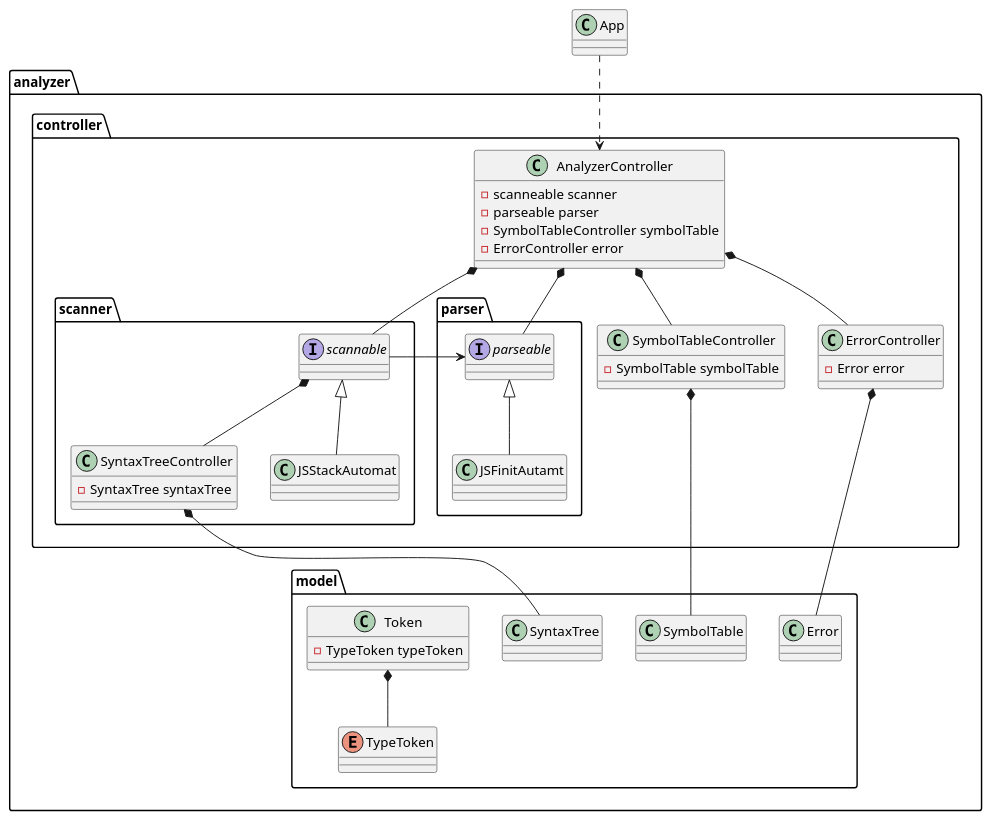
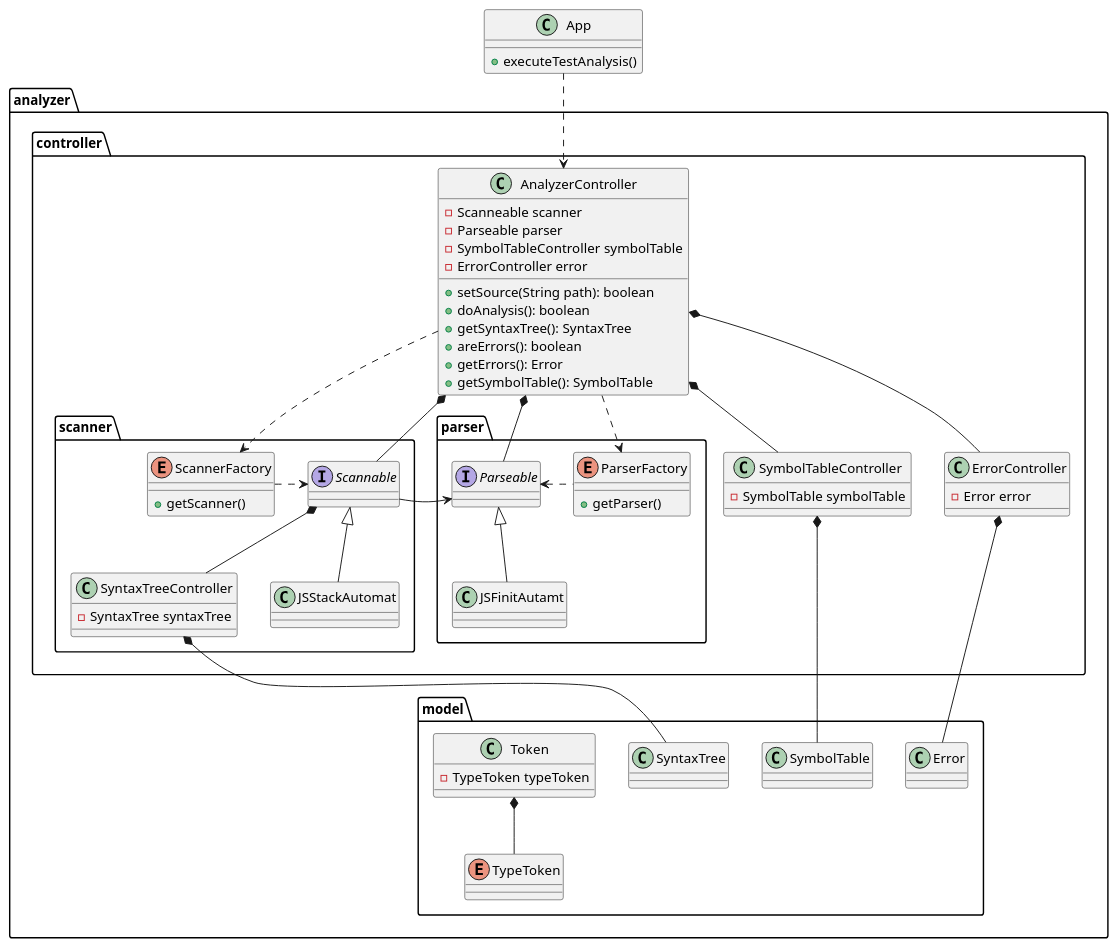
Before and after one commit to moroquin/parser-scanner-analyzer: the diagram in docs/ClassDiagram.wsd, drawn with PlantUML. The commit also changed 1 other file, not shown here.

Commit message:
adding factory pattern to parser and scanner in the doc

```diff
--- a/docs/ClassDiagram.wsd
+++ b/docs/ClassDiagram.wsd
@@ -1,120 +1,139 @@
 @startuml classdiagram
 
 
 class App{
-
+    +executeTestAnalysis()
 }
 
 package analyzer{
 
     package controller{
 
         class AnalyzerController{
-            -scanneable scanner
-            -parseable parser
+            -Scanneable scanner
+            -Parseable parser
             -SymbolTableController symbolTable
             -ErrorController error
+            +setSource(String path): boolean
+            +doAnalysis(): boolean
+            +getSyntaxTree(): SyntaxTree
+            +areErrors(): boolean
+            +getErrors(): Error
+            +getSymbolTable(): SymbolTable
         }
 
         class SymbolTableController{
             -SymbolTable symbolTable
 
         }
 
         class ErrorController{
             -Error error
 
         }
 
 
         package scanner{
 
+            enum ScannerFactory{
+                +getScanner()
+            }
 
 
             class SyntaxTreeController{
                 -SyntaxTree syntaxTree
 
             }
 
-            interface scannable{
+            interface Scannable{
 
             }
 
             class JSStackAutomat{
 
             }
 
-            JSStackAutomat -up-|> scannable
-            scannable *-- SyntaxTreeController
+            JSStackAutomat -up-|> Scannable
+            Scannable *-- SyntaxTreeController
+
+            ScannerFactory .right.> Scannable
 
 
         }
 
         package parser{
 
-            interface parseable{
+            enum ParserFactory{
+                +getParser()
+            }
+
+            interface Parseable{
 
             }
 
             class JSFinitAutamt{
 
             }
 
-            JSFinitAutamt -up-|> parseable
+            JSFinitAutamt -up-|> Parseable
+            ParserFactory .left.> Parseable
 
         }
 
 
 
-        AnalyzerController *-- parseable
-        AnalyzerController *-- scannable
+        AnalyzerController *-- Parseable
+        AnalyzerController *-- Scannable
         AnalyzerController *-- SymbolTableController
         AnalyzerController *-- ErrorController
 
-        scannable -right-> parseable
+        AnalyzerController ..> ParserFactory
+        AnalyzerController ..> ScannerFactory
+
+        Scannable -right-> Parseable
 
     }
 
 
     package model{
 
         class Error{
 
         }
 
         class SyntaxTree{
 
         }
 
         class SymbolTable
 
 
         class Token{
             -TypeToken typeToken
         }
 
         enum TypeToken{
 
         }
 
         Token *-- TypeToken
 
     }
 
     SymbolTableController *-- SymbolTable
     ErrorController *-- Error
 
     SyntaxTreeController *-- SyntaxTree
 
     
 
     
 
 }
 
 
 App .down.> AnalyzerController
 
 
 
 @enduml
```
